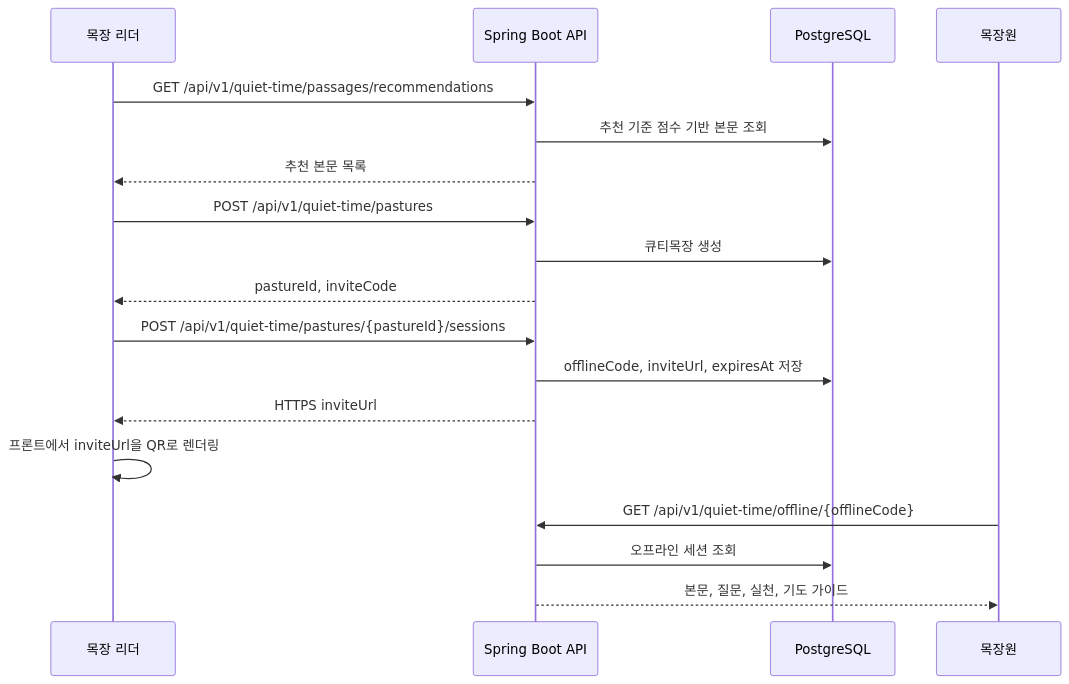
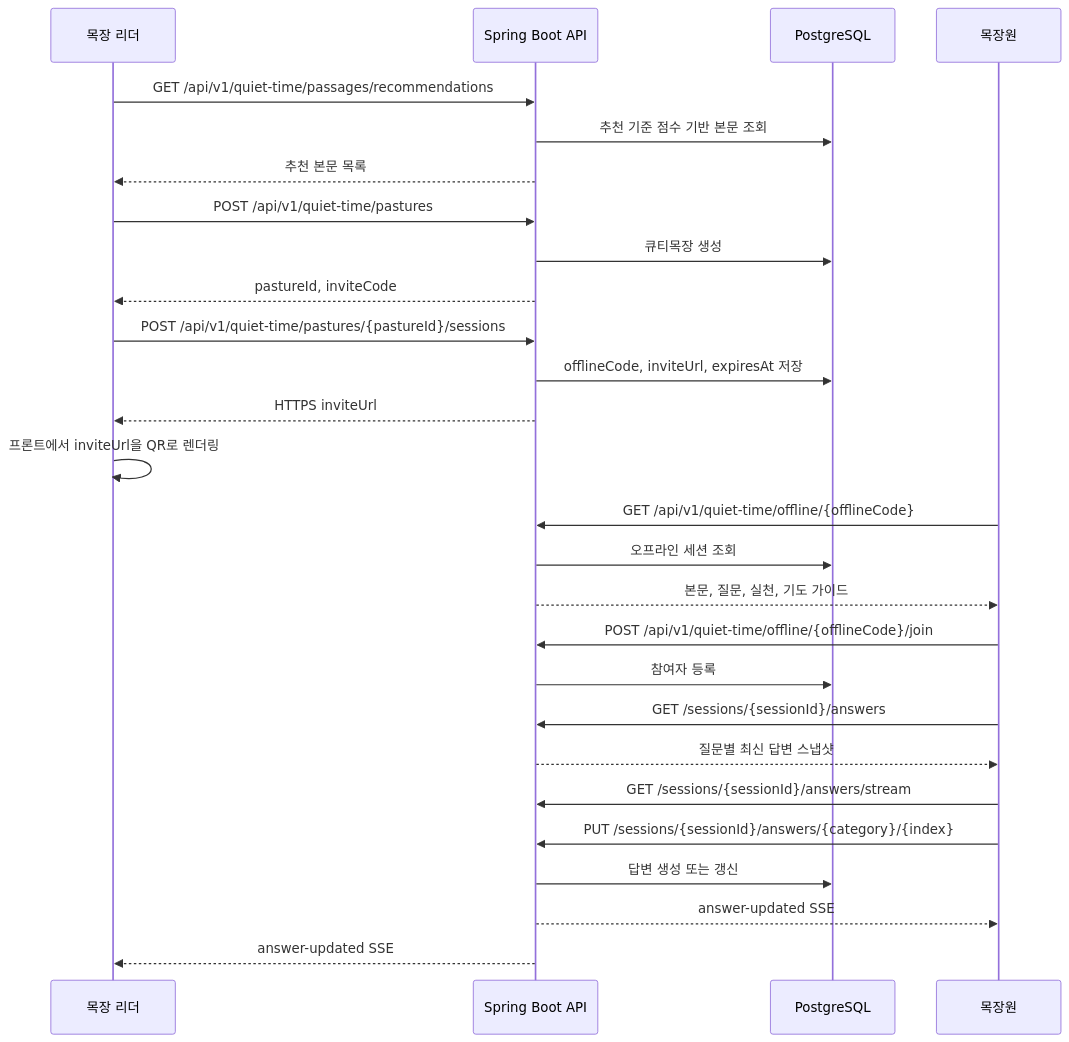
One commit to ByeongDoo-Han/mypasture-backend changed the fifth of 5 diagrams in docs/service-flow.md. Above: the diagram before and after it, drawn with Mermaid. The commit also changed other lines of this file and 25 other files, not shown here.

Commit message:
feat(quiet-time): add live question answers (#39)

````diff
--- a/docs/service-flow.md
+++ b/docs/service-flow.md
@@ -86,21 +86,30 @@
 ```mermaid
 sequenceDiagram
     participant Leader as 목장 리더
     participant API as Spring Boot API
     participant DB as PostgreSQL
     participant Member as 목장원
 
     Leader->>API: GET /api/v1/quiet-time/passages/recommendations
     API->>DB: 추천 기준 점수 기반 본문 조회
     API-->>Leader: 추천 본문 목록
     Leader->>API: POST /api/v1/quiet-time/pastures
     API->>DB: 큐티목장 생성
     API-->>Leader: pastureId, inviteCode
     Leader->>API: POST /api/v1/quiet-time/pastures/{pastureId}/sessions
     API->>DB: offlineCode, inviteUrl, expiresAt 저장
     API-->>Leader: HTTPS inviteUrl
     Leader->>Leader: 프론트에서 inviteUrl을 QR로 렌더링
     Member->>API: GET /api/v1/quiet-time/offline/{offlineCode}
     API->>DB: 오프라인 세션 조회
     API-->>Member: 본문, 질문, 실천, 기도 가이드
+    Member->>API: POST /api/v1/quiet-time/offline/{offlineCode}/join
+    API->>DB: 참여자 등록
+    Member->>API: GET /sessions/{sessionId}/answers
+    API-->>Member: 질문별 최신 답변 스냅샷
+    Member->>API: GET /sessions/{sessionId}/answers/stream
+    Member->>API: PUT /sessions/{sessionId}/answers/{category}/{index}
+    API->>DB: 답변 생성 또는 갱신
+    API-->>Member: answer-updated SSE
+    API-->>Leader: answer-updated SSE
 ```
````
